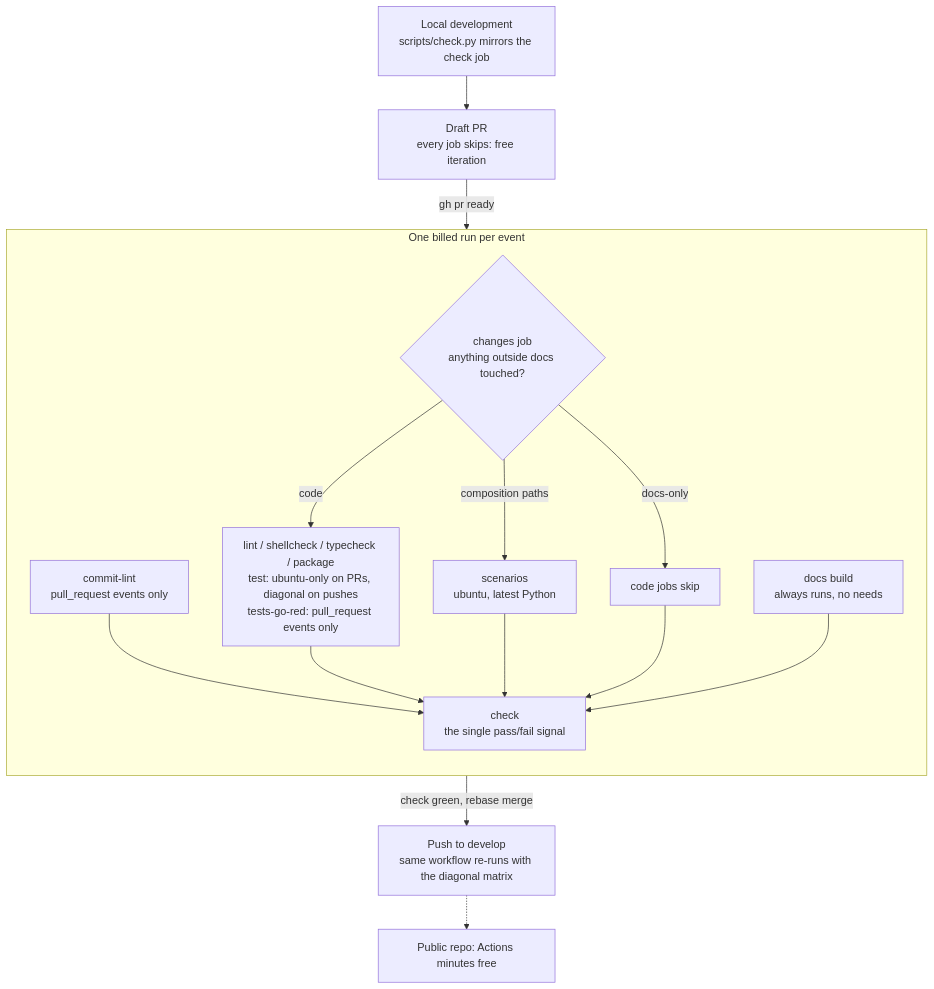
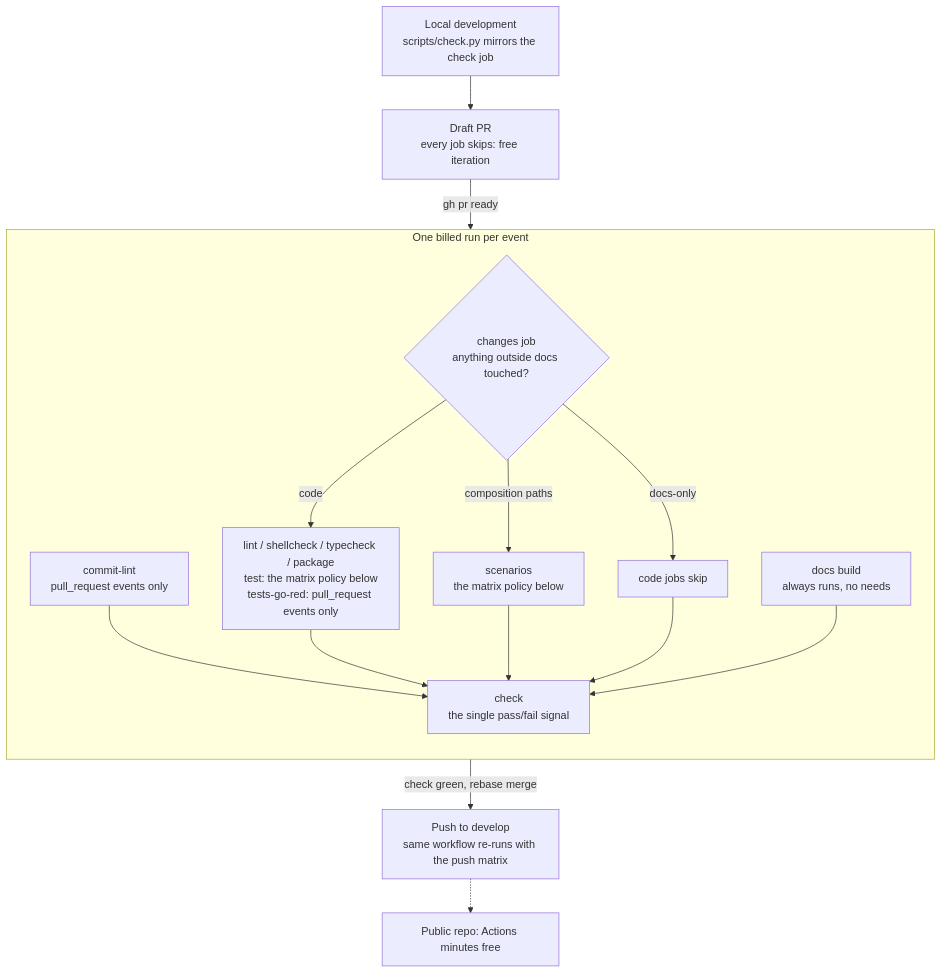
The diagram in docs/governance/ci.md (TheRealBillSiegler/boilerplate), drawn with Mermaid before and after one commit. The commit also changed other lines of this file and 1 other file, not shown here.

First line of the commit message:
ci: run every OS on every supported Python where minutes are free

````diff
--- a/docs/governance/ci.md
+++ b/docs/governance/ci.md
@@ -7,21 +7,21 @@
 ```mermaid
 flowchart TD
     dev["Local development<br>scripts/check.py mirrors the check job"] --> draft["Draft PR<br>every job skips: free iteration"]
     draft -- "gh pr ready" --> run
     subgraph run["One billed run per event"]
         direction TB
         changes{"changes job<br>anything outside docs touched?"}
         changes -- "docs-only" --> skip["code jobs skip"]
-        changes -- "code" --> code["lint / shellcheck / typecheck / package<br>test: ubuntu-only on PRs, diagonal on pushes<br>tests-go-red: pull_request events only"]
-        changes -- "composition paths" --> scen["scenarios<br>ubuntu, latest Python"]
+        changes -- "code" --> code["lint / shellcheck / typecheck / package<br>test: the matrix policy below<br>tests-go-red: pull_request events only"]
+        changes -- "composition paths" --> scen["scenarios<br>the matrix policy below"]
         docsjob["docs build<br>always runs, no needs"]
         lint["commit-lint<br>pull_request events only"]
         lint --> gate
         code --> gate["check<br>the single pass/fail signal"]
         scen --> gate
         skip --> gate
         docsjob --> gate
     end
-    run -- "check green, rebase merge" --> push["Push to develop<br>same workflow re-runs with the diagonal matrix"]
+    run -- "check green, rebase merge" --> push["Push to develop<br>same workflow re-runs with the push matrix"]
     push -.-> free["Public repo: Actions minutes free"]
 ```
````
